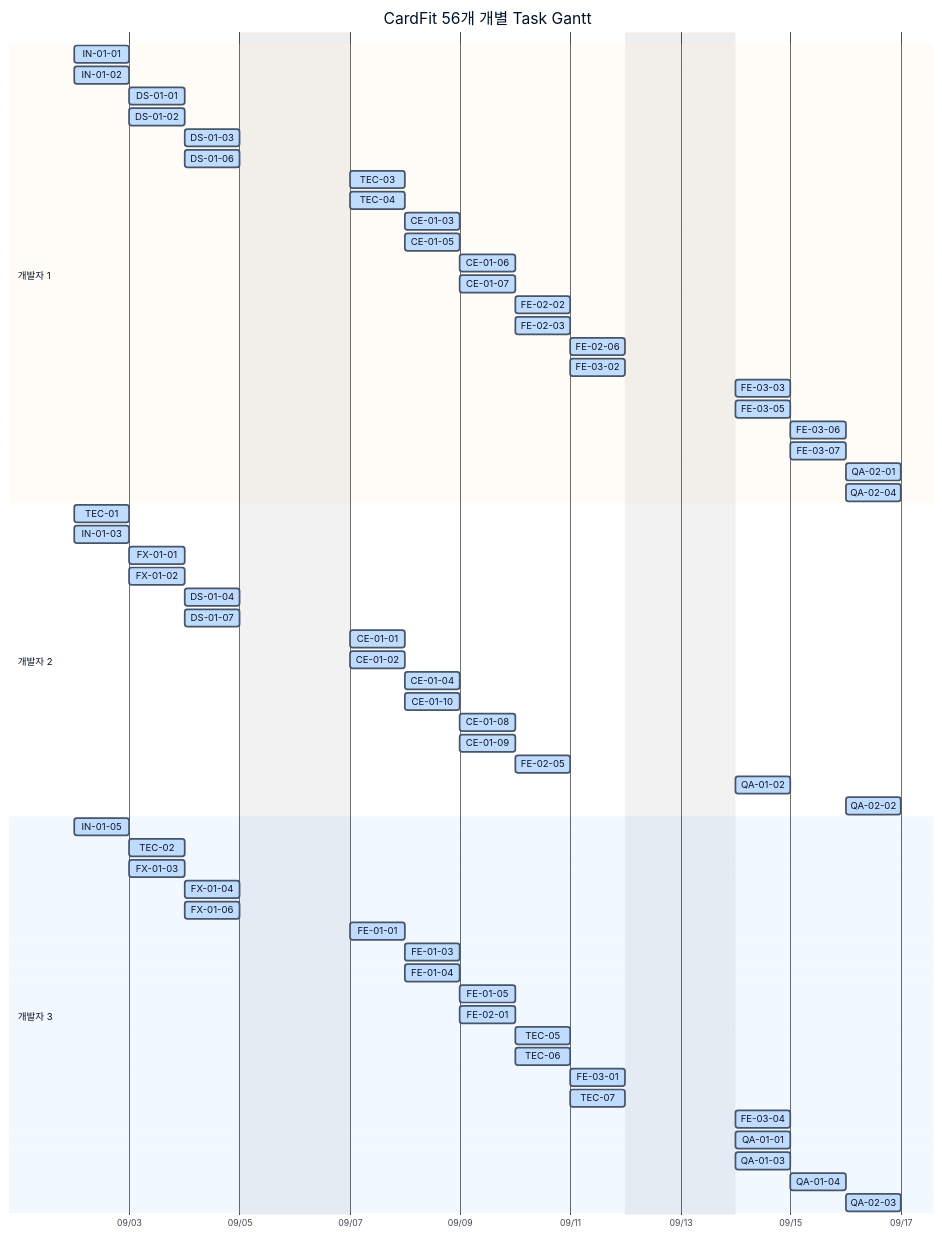
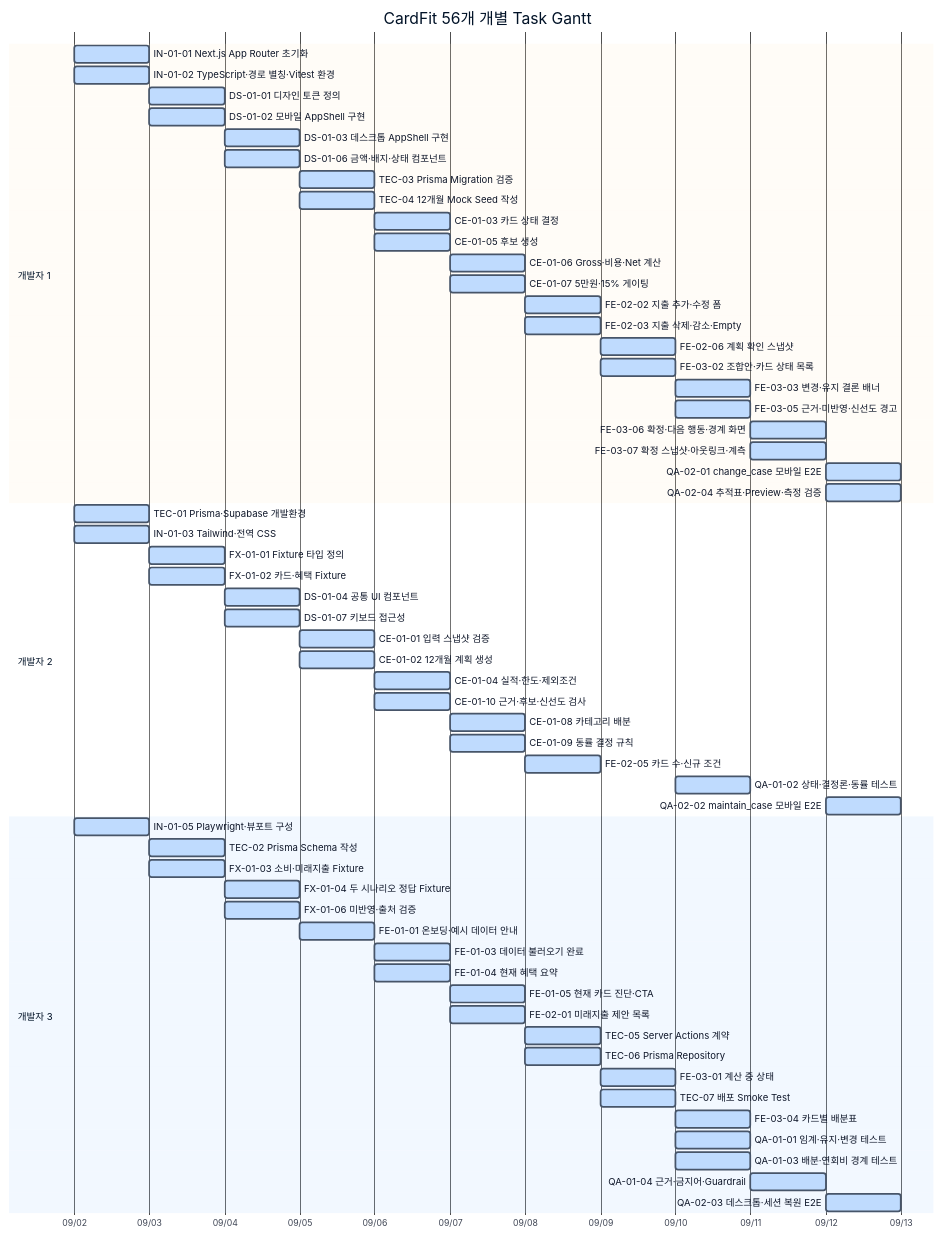
The third of 3 diagrams in docs/tasks/DEPENDENCY_GANTT.md (maybeaj/cardfit), drawn with Mermaid before and after one commit. The commit also changed other lines of this file, not shown here.

Commit message:
docs: show full task names in weekend gantt

````diff
--- a/docs/tasks/DEPENDENCY_GANTT.md
+++ b/docs/tasks/DEPENDENCY_GANTT.md
@@ -116,70 +115,69 @@
 ```mermaid
 %%{init: {"theme":"base", "themeVariables": {"primaryColor":"#bfdbfe", "primaryTextColor":"#0f172a", "primaryBorderColor":"#475569", "taskBkgColor":"#bfdbfe", "taskTextColor":"#0f172a", "taskTextOutsideColor":"#0f172a"}}}%%
 gantt
     title CardFit 56개 개별 Task Gantt
     dateFormat  YYYY-MM-DD
     axisFormat  %m/%d
-    excludes weekends
 
     section 개발자 1
-    IN-01-01 :d1a, 2026-09-02, 0.5d
-    IN-01-02 :d1b, 2026-09-02, 0.5d
-    DS-01-01 :d1c, 2026-09-03, 0.5d
-    DS-01-02 :d1d, 2026-09-03, 0.5d
-    DS-01-03 :d1e, 2026-09-04, 0.5d
-    DS-01-06 :d1f, 2026-09-04, 0.5d
-    TEC-03 :d1g, 2026-09-07, 0.5d
-    TEC-04 :d1h, 2026-09-07, 0.5d
-    CE-01-03 :d1i, 2026-09-08, 0.5d
-    CE-01-05 :d1j, 2026-09-08, 0.5d
-    CE-01-06 :d1k, 2026-09-09, 0.5d
-    CE-01-07 :d1l, 2026-09-09, 0.5d
-    FE-02-02 :d1m, 2026-09-10, 0.5d
-    FE-02-03 :d1n, 2026-09-10, 0.5d
-    FE-02-06 :d1o, 2026-09-11, 0.5d
-    FE-03-02 :d1p, 2026-09-11, 0.5d
-    FE-03-03 :d1q, 2026-09-14, 0.5d
-    FE-03-05 :d1r, 2026-09-14, 0.5d
-    FE-03-06 :d1s, 2026-09-15, 0.5d
-    FE-03-07 :d1t, 2026-09-15, 0.5d
-    QA-02-01 :d1u, 2026-09-16, 0.5d
-    QA-02-04 :d1v, 2026-09-16, 0.5d
+    IN-01-01 Next.js App Router 초기화 :d1a, 2026-09-02, 0.5d
+    IN-01-02 TypeScript·경로 별칭·Vitest 환경 :d1b, 2026-09-02, 0.5d
+    DS-01-01 디자인 토큰 정의 :d1c, 2026-09-03, 0.5d
+    DS-01-02 모바일 AppShell 구현 :d1d, 2026-09-03, 0.5d
+    DS-01-03 데스크톱 AppShell 구현 :d1e, 2026-09-04, 0.5d
+    DS-01-06 금액·배지·상태 컴포넌트 :d1f, 2026-09-04, 0.5d
+    TEC-03 Prisma Migration 검증 :d1g, 2026-09-05, 0.5d
+    TEC-04 12개월 Mock Seed 작성 :d1h, 2026-09-05, 0.5d
+    CE-01-03 카드 상태 결정 :d1i, 2026-09-06, 0.5d
+    CE-01-05 후보 생성 :d1j, 2026-09-06, 0.5d
+    CE-01-06 Gross·비용·Net 계산 :d1k, 2026-09-07, 0.5d
+    CE-01-07 5만원·15% 게이팅 :d1l, 2026-09-07, 0.5d
+    FE-02-02 지출 추가·수정 폼 :d1m, 2026-09-08, 0.5d
+    FE-02-03 지출 삭제·감소·Empty :d1n, 2026-09-08, 0.5d
+    FE-02-06 계획 확인 스냅샷 :d1o, 2026-09-09, 0.5d
+    FE-03-02 조합안·카드 상태 목록 :d1p, 2026-09-09, 0.5d
+    FE-03-03 변경·유지 결론 배너 :d1q, 2026-09-10, 0.5d
+    FE-03-05 근거·미반영·신선도 경고 :d1r, 2026-09-10, 0.5d
+    FE-03-06 확정·다음 행동·경계 화면 :d1s, 2026-09-11, 0.5d
+    FE-03-07 확정 스냅샷·아웃링크·계측 :d1t, 2026-09-11, 0.5d
+    QA-02-01 change_case 모바일 E2E :d1u, 2026-09-12, 0.5d
+    QA-02-04 추적표·Preview·측정 검증 :d1v, 2026-09-12, 0.5d
 
     section 개발자 2
-    TEC-01 :d2a, 2026-09-02, 0.5d
-    IN-01-03 :d2b, 2026-09-02, 0.5d
-    FX-01-01 :d2c, 2026-09-03, 0.5d
-    FX-01-02 :d2d, 2026-09-03, 0.5d
-    DS-01-04 :d2e, 2026-09-04, 0.5d
-    DS-01-07 :d2f, 2026-09-04, 0.5d
-    CE-01-01 :d2g, 2026-09-07, 0.5d
-    CE-01-02 :d2h, 2026-09-07, 0.5d
-    CE-01-04 :d2i, 2026-09-08, 0.5d
-    CE-01-10 :d2j, 2026-09-08, 0.5d
-    CE-01-08 :d2k, 2026-09-09, 0.5d
-    CE-01-09 :d2l, 2026-09-09, 0.5d
-    FE-02-05 :d2m, 2026-09-10, 0.5d
-    QA-01-02 :d2n, 2026-09-14, 0.5d
-    QA-02-02 :d2o, 2026-09-16, 0.5d
+    TEC-01 Prisma·Supabase 개발환경 :d2a, 2026-09-02, 0.5d
+    IN-01-03 Tailwind·전역 CSS :d2b, 2026-09-02, 0.5d
+    FX-01-01 Fixture 타입 정의 :d2c, 2026-09-03, 0.5d
+    FX-01-02 카드·혜택 Fixture :d2d, 2026-09-03, 0.5d
+    DS-01-04 공통 UI 컴포넌트 :d2e, 2026-09-04, 0.5d
+    DS-01-07 키보드 접근성 :d2f, 2026-09-04, 0.5d
+    CE-01-01 입력 스냅샷 검증 :d2g, 2026-09-05, 0.5d
+    CE-01-02 12개월 계획 생성 :d2h, 2026-09-05, 0.5d
+    CE-01-04 실적·한도·제외조건 :d2i, 2026-09-06, 0.5d
+    CE-01-10 근거·후보·신선도 검사 :d2j, 2026-09-06, 0.5d
+    CE-01-08 카테고리 배분 :d2k, 2026-09-07, 0.5d
+    CE-01-09 동률 결정 규칙 :d2l, 2026-09-07, 0.5d
+    FE-02-05 카드 수·신규 조건 :d2m, 2026-09-08, 0.5d
+    QA-01-02 상태·결정론·동률 테스트 :d2n, 2026-09-10, 0.5d
+    QA-02-02 maintain_case 모바일 E2E :d2o, 2026-09-12, 0.5d
 
     section 개발자 3
-    IN-01-05 :d3a, 2026-09-02, 0.5d
-    TEC-02 :d3b, 2026-09-03, 0.5d
-    FX-01-03 :d3c, 2026-09-03, 0.5d
-    FX-01-04 :d3d, 2026-09-04, 0.5d
-    FX-01-06 :d3e, 2026-09-04, 0.5d
-    FE-01-01 :d3g, 2026-09-07, 0.5d
-    FE-01-03 :d3h, 2026-09-08, 0.5d
-    FE-01-04 :d3i, 2026-09-08, 0.5d
-    FE-01-05 :d3j, 2026-09-09, 0.5d
-    FE-02-01 :d3k, 2026-09-09, 0.5d
-    TEC-05 :d3l, 2026-09-10, 0.5d
-    TEC-06 :d3m, 2026-09-10, 0.5d
-    FE-03-01 :d3n, 2026-09-11, 0.5d
-    TEC-07 :d3o, 2026-09-11, 0.5d
-    FE-03-04 :d3p, 2026-09-14, 0.5d
-    QA-01-01 :d3q, 2026-09-14, 0.5d
-    QA-01-03 :d3r, 2026-09-14, 0.5d
-    QA-01-04 :d3s, 2026-09-15, 0.5d
-    QA-02-03 :d3t, 2026-09-16, 0.5d
+    IN-01-05 Playwright·뷰포트 구성 :d3a, 2026-09-02, 0.5d
+    TEC-02 Prisma Schema 작성 :d3b, 2026-09-03, 0.5d
+    FX-01-03 소비·미래지출 Fixture :d3c, 2026-09-03, 0.5d
+    FX-01-04 두 시나리오 정답 Fixture :d3d, 2026-09-04, 0.5d
+    FX-01-06 미반영·출처 검증 :d3e, 2026-09-04, 0.5d
+    FE-01-01 온보딩·예시 데이터 안내 :d3g, 2026-09-05, 0.5d
+    FE-01-03 데이터 불러오기 완료 :d3h, 2026-09-06, 0.5d
+    FE-01-04 현재 혜택 요약 :d3i, 2026-09-06, 0.5d
+    FE-01-05 현재 카드 진단·CTA :d3j, 2026-09-07, 0.5d
+    FE-02-01 미래지출 제안 목록 :d3k, 2026-09-07, 0.5d
+    TEC-05 Server Actions 계약 :d3l, 2026-09-08, 0.5d
+    TEC-06 Prisma Repository :d3m, 2026-09-08, 0.5d
+    FE-03-01 계산 중 상태 :d3n, 2026-09-09, 0.5d
+    TEC-07 배포 Smoke Test :d3o, 2026-09-09, 0.5d
+    FE-03-04 카드별 배분표 :d3p, 2026-09-10, 0.5d
+    QA-01-01 임계·유지·변경 테스트 :d3q, 2026-09-10, 0.5d
+    QA-01-03 배분·연회비 경계 테스트 :d3r, 2026-09-10, 0.5d
+    QA-01-04 근거·금지어·Guardrail :d3s, 2026-09-11, 0.5d
+    QA-02-03 데스크톱·세션 복원 E2E :d3t, 2026-09-12, 0.5d
 ```
````
